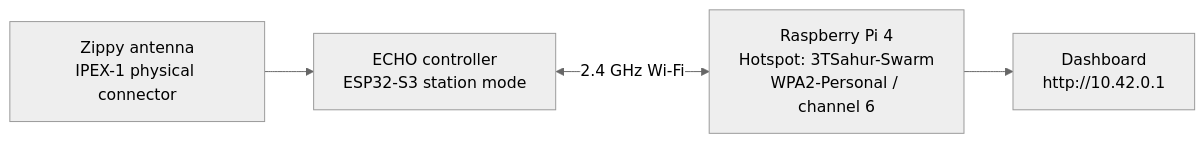
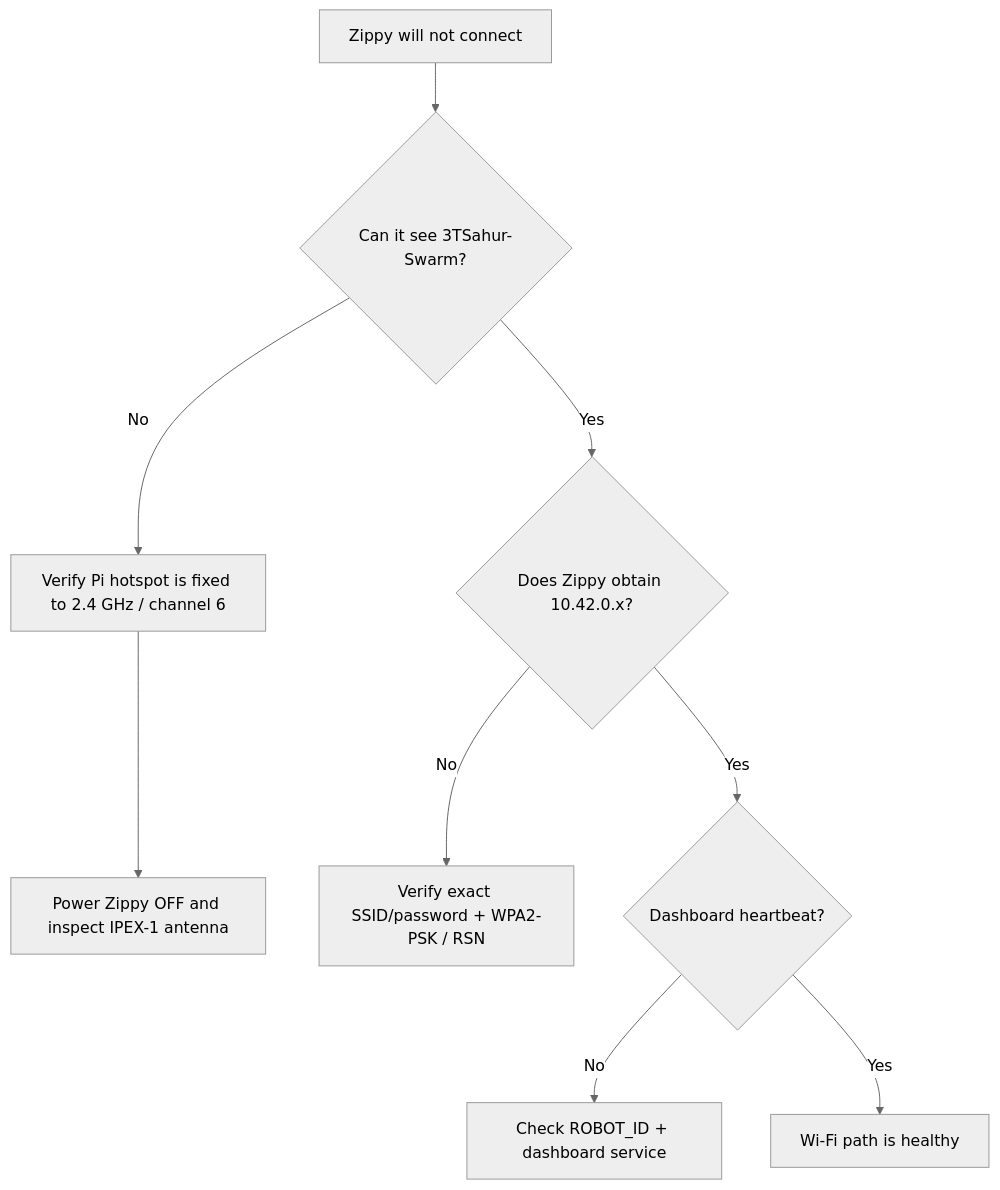
Before and after one commit to william-thompsonthe1st/STEM-Research-Academy: the eighth of 9 diagrams in README.md, drawn with Mermaid (neutral theme). The commit also changed other lines of this file, not shown here.

````diff
--- a/README.md
+++ b/README.md
@@ -499,7 +272,11 @@
 ```mermaid
-flowchart LR
-    P["Raspberry Pi 4\nHotspot: 3TSahur-Swarm\nWPA2-Personal / channel 6"]
-    A["Zippy antenna\nIPEX-1 physical connector"] --> E["ECHO controller\nESP32-S3 station mode"]
-    E <-->|"2.4 GHz Wi-Fi"| P
-    P --> D["Dashboard\nhttp://10.42.0.1"]
+flowchart TD
+    A["Zippy will not connect"] --> B{"Can it see 3TSahur-Swarm?"}
+    B -- No --> C["Verify Pi hotspot is fixed to 2.4 GHz / channel 6"]
+    C --> D["Power Zippy OFF and inspect IPEX-1 antenna"]
+    B -- Yes --> E{"Does Zippy obtain 10.42.0.x?"}
+    E -- No --> F["Verify exact SSID/password + WPA2-PSK / RSN"]
+    E -- Yes --> G{"Dashboard heartbeat?"}
+    G -- No --> H["Check ROBOT_ID + dashboard service"]
+    G -- Yes --> I["Wi-Fi path is healthy"]
 ```
````
